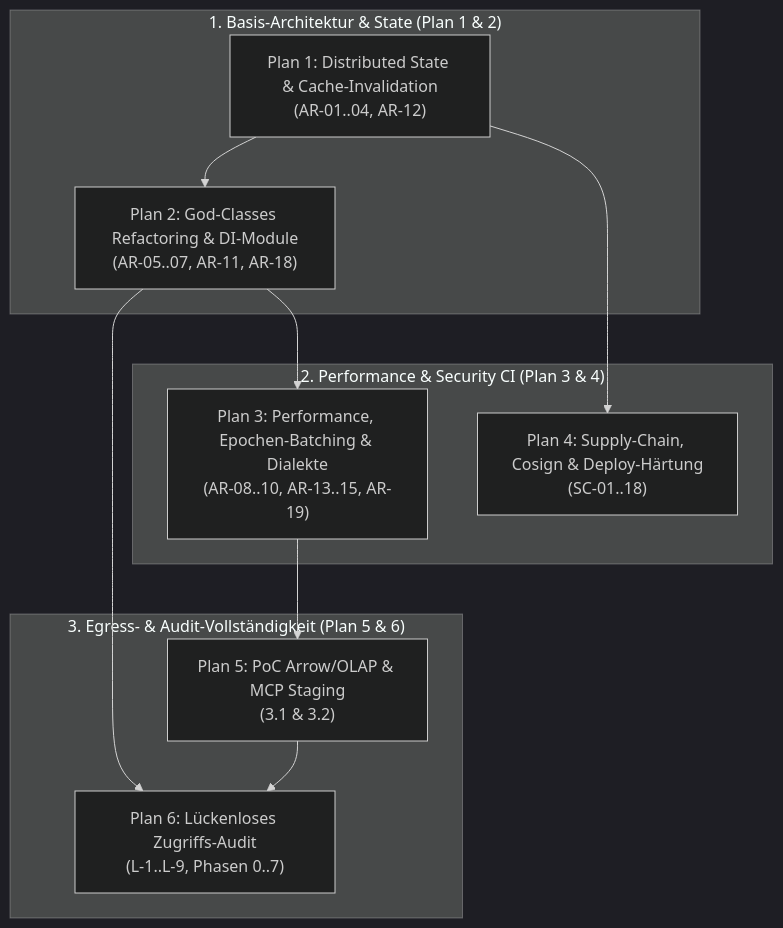
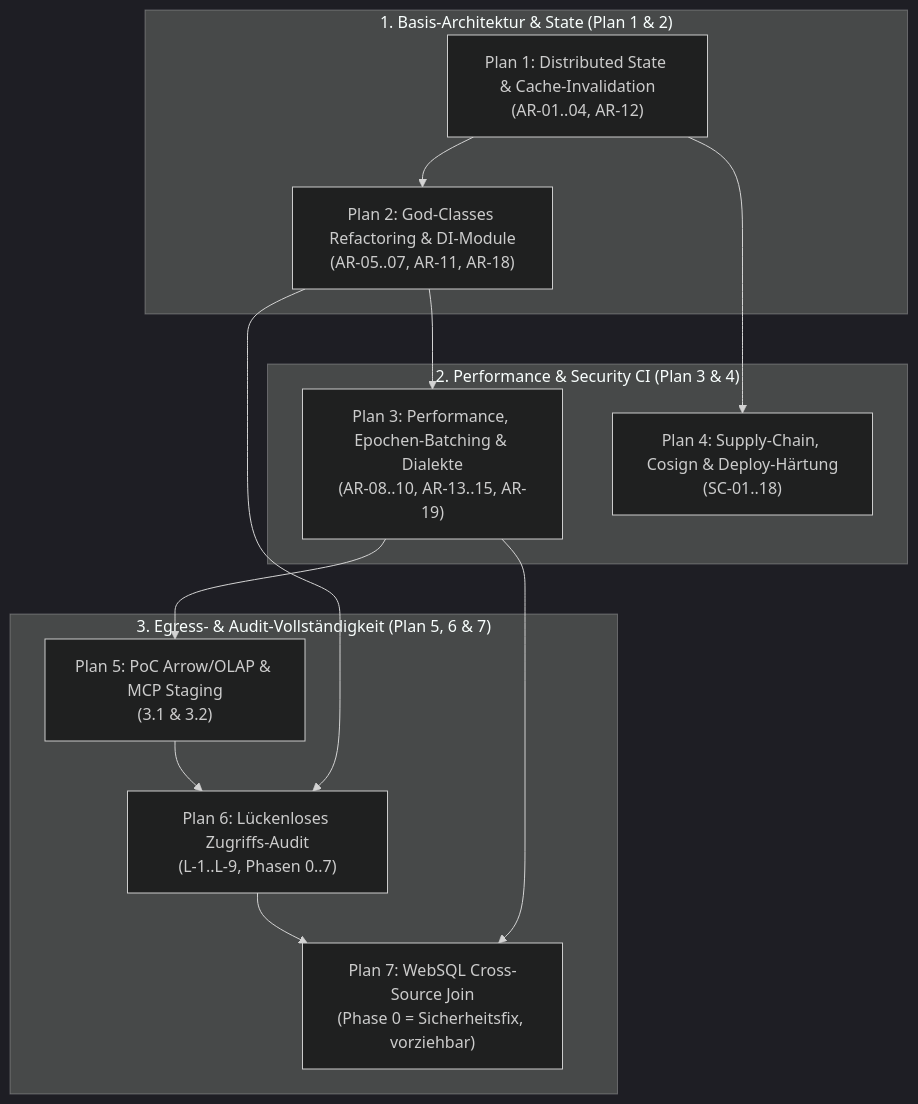
Before and after one commit to themulle/autheris: the diagram in docs/plans/00-gesamtplan-uebersicht.md, drawn with Mermaid (dark theme). The commit also changed other lines of this file and 9 other files, not shown here.

First line of the commit message:
docs(plans): review and refine plans 1-7, record decisions, merge audit plan

````diff
--- a/docs/plans/00-gesamtplan-uebersicht.md
+++ b/docs/plans/00-gesamtplan-uebersicht.md
@@ -36,24 +52,27 @@
 ```mermaid
 flowchart TD
     subgraph Foundation["1. Basis-Architektur & State (Plan 1 & 2)"]
         STATE["Plan 1: Distributed State & Cache-Invalidation<br/>(AR-01..04, AR-12)"]
         MODULAR["Plan 2: God-Classes Refactoring & DI-Module<br/>(AR-05..07, AR-11, AR-18)"]
     end
 
     subgraph Optimization["2. Performance & Security CI (Plan 3 & 4)"]
         PERF["Plan 3: Performance, Epochen-Batching & Dialekte<br/>(AR-08..10, AR-13..15, AR-19)"]
         SUPPLY["Plan 4: Supply-Chain, Cosign & Deploy-Härtung<br/>(SC-01..18)"]
     end
 
-    subgraph Egress["3. Egress- & Audit-Vollständigkeit (Plan 5 & 6)"]
+    subgraph Egress["3. Egress- & Audit-Vollständigkeit (Plan 5, 6 & 7)"]
         POC["Plan 5: PoC Arrow/OLAP & MCP Staging<br/>(3.1 & 3.2)"]
         AUDIT["Plan 6: Lückenloses Zugriffs-Audit<br/>(L-1..L-9, Phasen 0..7)"]
+        WEBSQL["Plan 7: WebSQL Cross-Source Join<br/>(Phase 0 = Sicherheitsfix, vorziehbar)"]
     end
 
     STATE --> MODULAR
     MODULAR --> PERF
     STATE --> SUPPLY
     MODULAR --> AUDIT
     PERF --> POC
     POC --> AUDIT
+    PERF --> WEBSQL
+    AUDIT --> WEBSQL
 ```
````
